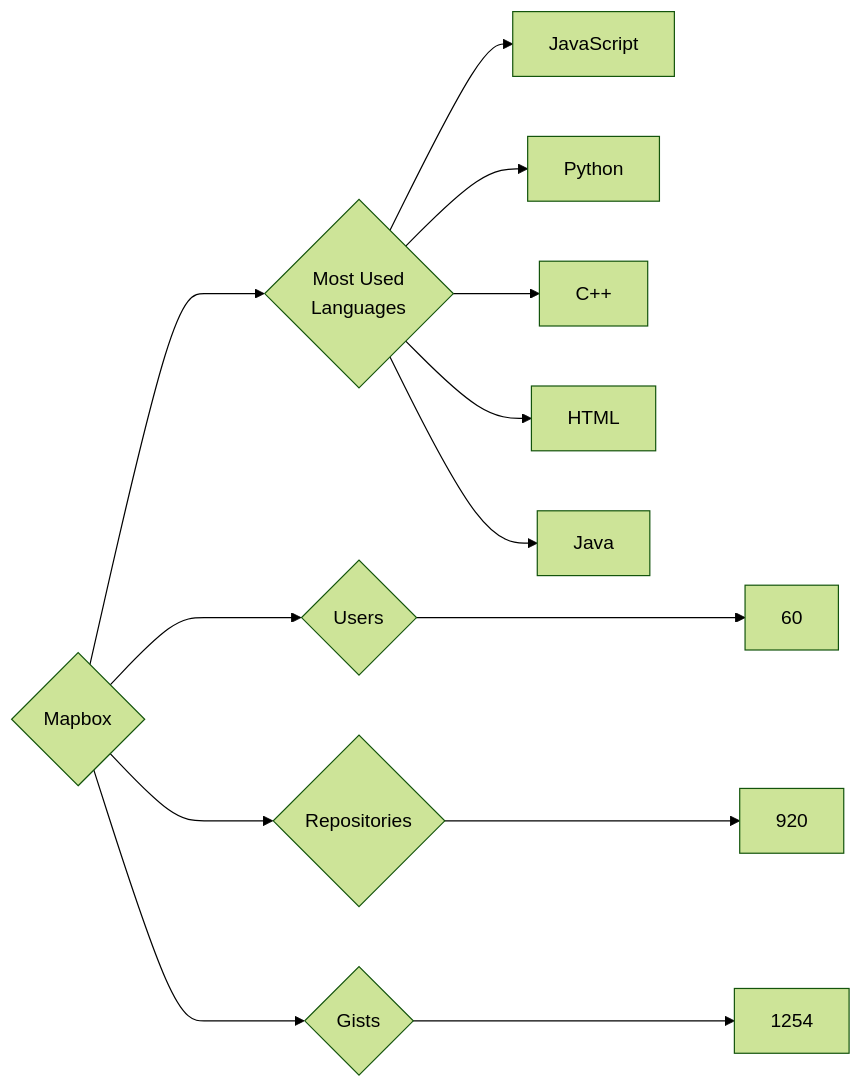
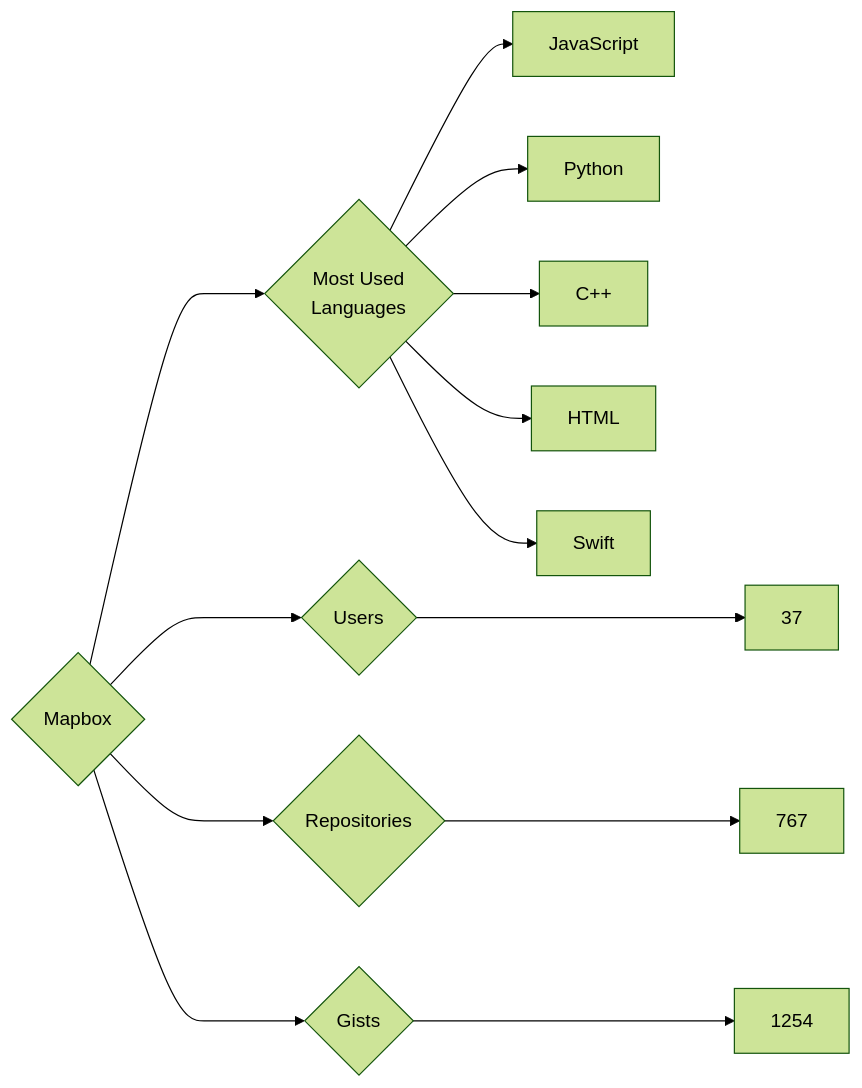
The diagram in targets/Mapbox/README.md (trickest/insiders), drawn with Mermaid (forest theme) before and after one commit. The commit also changed 916 other files, not shown here.

````diff
--- a/targets/Mapbox/README.md
+++ b/targets/Mapbox/README.md
@@ -3,13 +3,13 @@
 ```mermaid
 graph LR
 COMPANY_NAME{Mapbox}
-COMPANY_NAME ---> U{Users} ---> UN[60]
-COMPANY_NAME ---> R{Repositories} ---> RN[920]
+COMPANY_NAME ---> U{Users} ---> UN[37]
+COMPANY_NAME ---> R{Repositories} ---> RN[767]
 COMPANY_NAME ---> G{Gists} ---> GN[1254]
 COMPANY_NAME ---> ML{Most Used<br>Languages}
 ML --> JavaScript[JavaScript]
 ML --> Python[Python]
 ML --> C++[C++]
 ML --> HTML[HTML]
-ML --> Java[Java]
+ML --> Swift[Swift]
 ```
````
